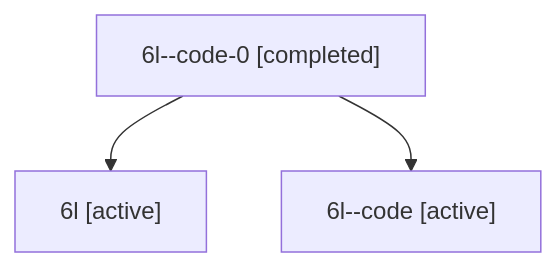
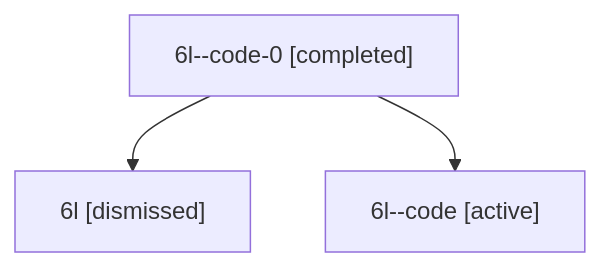
Before and after one commit to sase-org/sase--agents: the diagram in sessions/bbugyi200.athena.6l.md, drawn with Mermaid. The commit also changed other lines of this file and 25 other files, not shown here.

````diff
--- a/sessions/bbugyi200.athena.6l.md
+++ b/sessions/bbugyi200.athena.6l.md
@@ -9,8 +9,8 @@
 ```mermaid
 flowchart TD
   n0["6l--code-0 [completed]"]
-  n1["6l [active]"]
+  n1["6l [dismissed]"]
   n0 --> n1
   n2["6l--code [active]"]
   n0 --> n2
 ```
````
